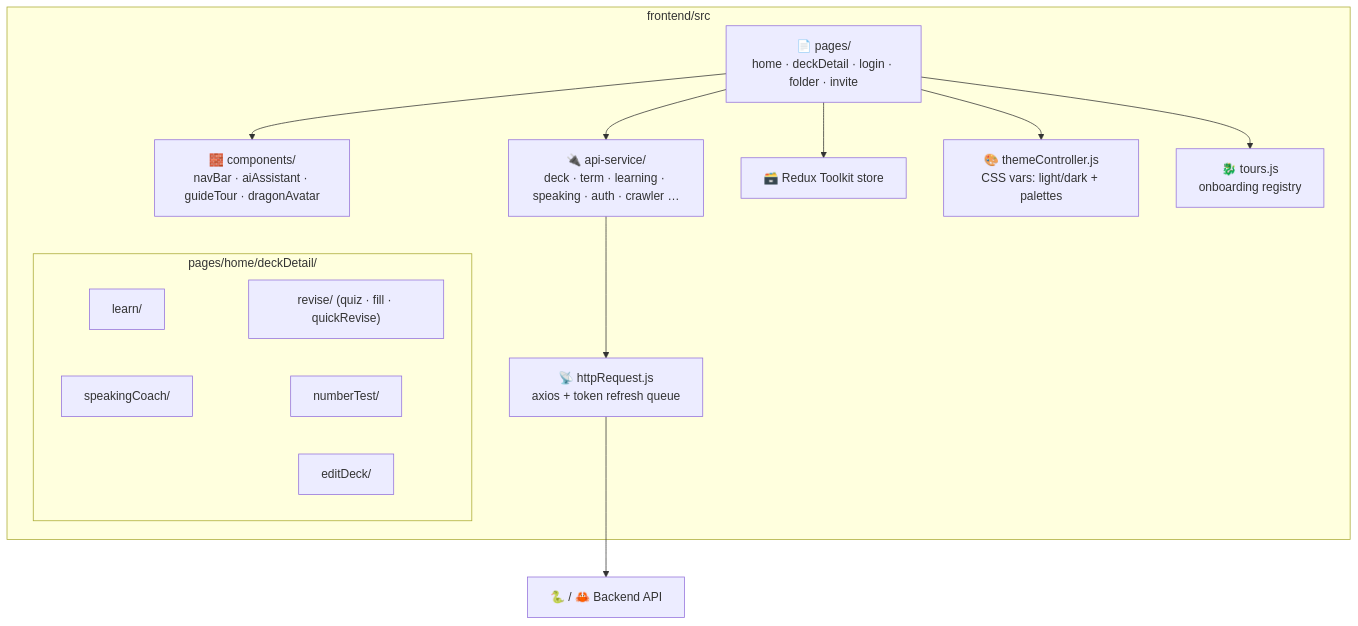
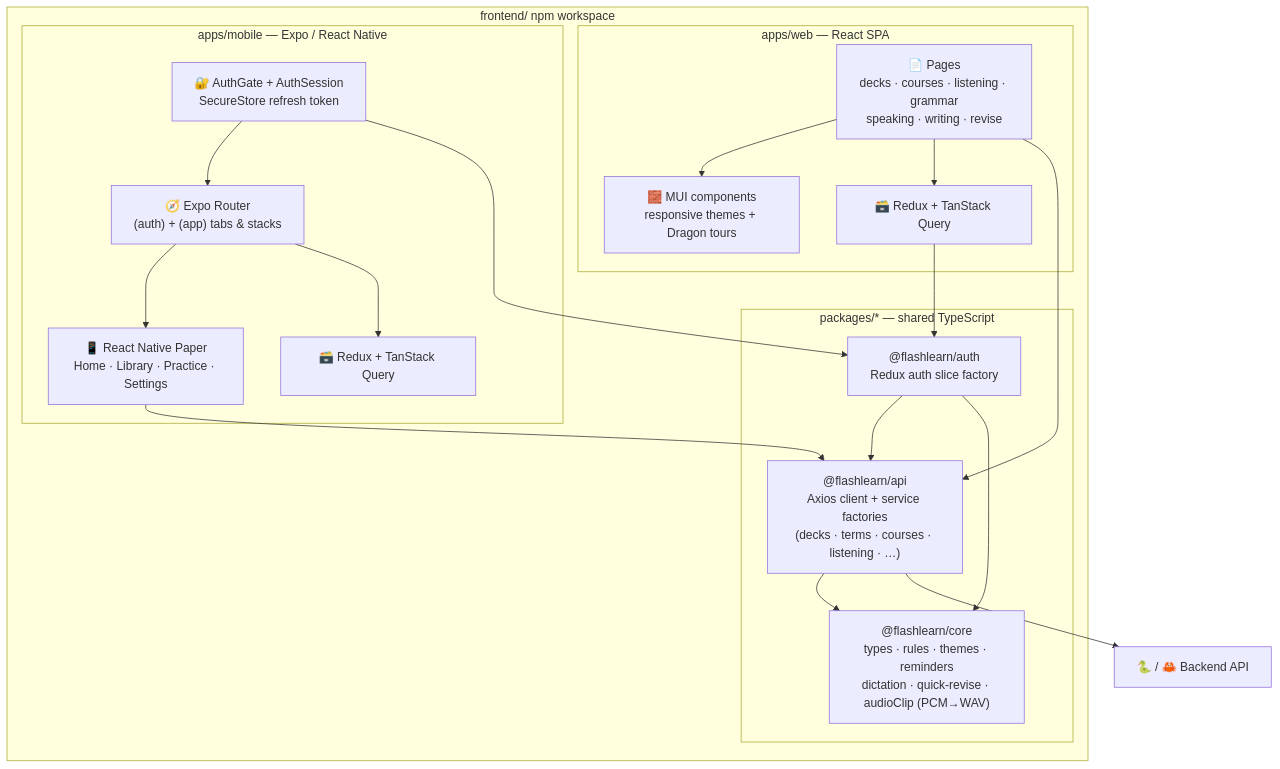
Diagram 15 of 18 in ARCHITECTURE.md (ngovandong/flashlearn), drawn with Mermaid before and after one commit. The commit also changed other lines of this file and 453 other files, not shown here.

Commit message:
chore: upgrade library, init mobile app

````diff
--- a/ARCHITECTURE.md
+++ b/ARCHITECTURE.md
@@ -758,26 +882,39 @@
 ```mermaid
 flowchart TB
-    subgraph app["frontend/src"]
-        Pages["📄 pages/<br/>home · deckDetail · login · folder · invite"]
-        subgraph deck["pages/home/deckDetail/"]
-            Learn["learn/"] ~~~ Revise["revise/ (quiz · fill · quickRevise)"]
-            Speak["speakingCoach/"] ~~~ NumTest["numberTest/"]
-            Edit["editDeck/"]
+    subgraph workspace["frontend/ npm workspace"]
+        subgraph web["apps/web — React SPA"]
+            WebPages["📄 Pages<br/>decks · courses · listening · grammar<br/>speaking · writing · revise"]
+            WebUI["🧱 MUI components<br/>responsive themes + Dragon tours"]
+            WebState["🗃️ Redux + TanStack Query"]
+            WebPages --> WebUI
+            WebPages --> WebState
         end
-        Comp["🧱 components/<br/>navBar · aiAssistant · guideTour · dragonAvatar"]
-        API["🔌 api-service/<br/>deck · term · learning · speaking · auth · crawler …"]
-        HTTP["📡 httpRequest.js<br/>axios + token refresh queue"]
-        Store["🗃️ Redux Toolkit store"]
-        Theme["🎨 themeController.js<br/>CSS vars: light/dark + palettes"]
-        Tours["🐉 tours.js<br/>onboarding registry"]
+
+        subgraph mobile["apps/mobile — Expo / React Native"]
+            Routes["🧭 Expo Router<br/>(auth) + (app) tabs & stacks"]
+            NativeUI["📱 React Native Paper<br/>Home · Library · Practice · Settings"]
+            NativeState["🗃️ Redux + TanStack Query"]
+            NativeAuth["🔐 AuthGate + AuthSession<br/>SecureStore refresh token"]
+            Routes --> NativeUI
+            Routes --> NativeState
+            NativeAuth --> Routes
+        end
+
+        subgraph shared["packages/* — shared TypeScript"]
+            Core["@flashlearn/core<br/>types · rules · themes · reminders<br/>dictation · quick-revise · audioClip (PCM→WAV)"]
+            API["@flashlearn/api<br/>Axios client + service factories<br/>(decks · terms · courses · listening · …)"]
+            Auth["@flashlearn/auth<br/>Redux auth slice factory"]
+            API --> Core
+            Auth --> API
+            Auth --> Core
+        end
     end
 
     Backend["🐍 / 🦀 Backend API"]
 
-    Pages --> Comp
-    Pages --> API
-    API --> HTTP --> Backend
-    Pages --> Store
-    Pages --> Theme
-    Pages --> Tours
+    WebPages --> API
+    NativeUI --> API
+    NativeAuth --> Auth
+    WebState --> Auth
+    API --> Backend
 ```
````
